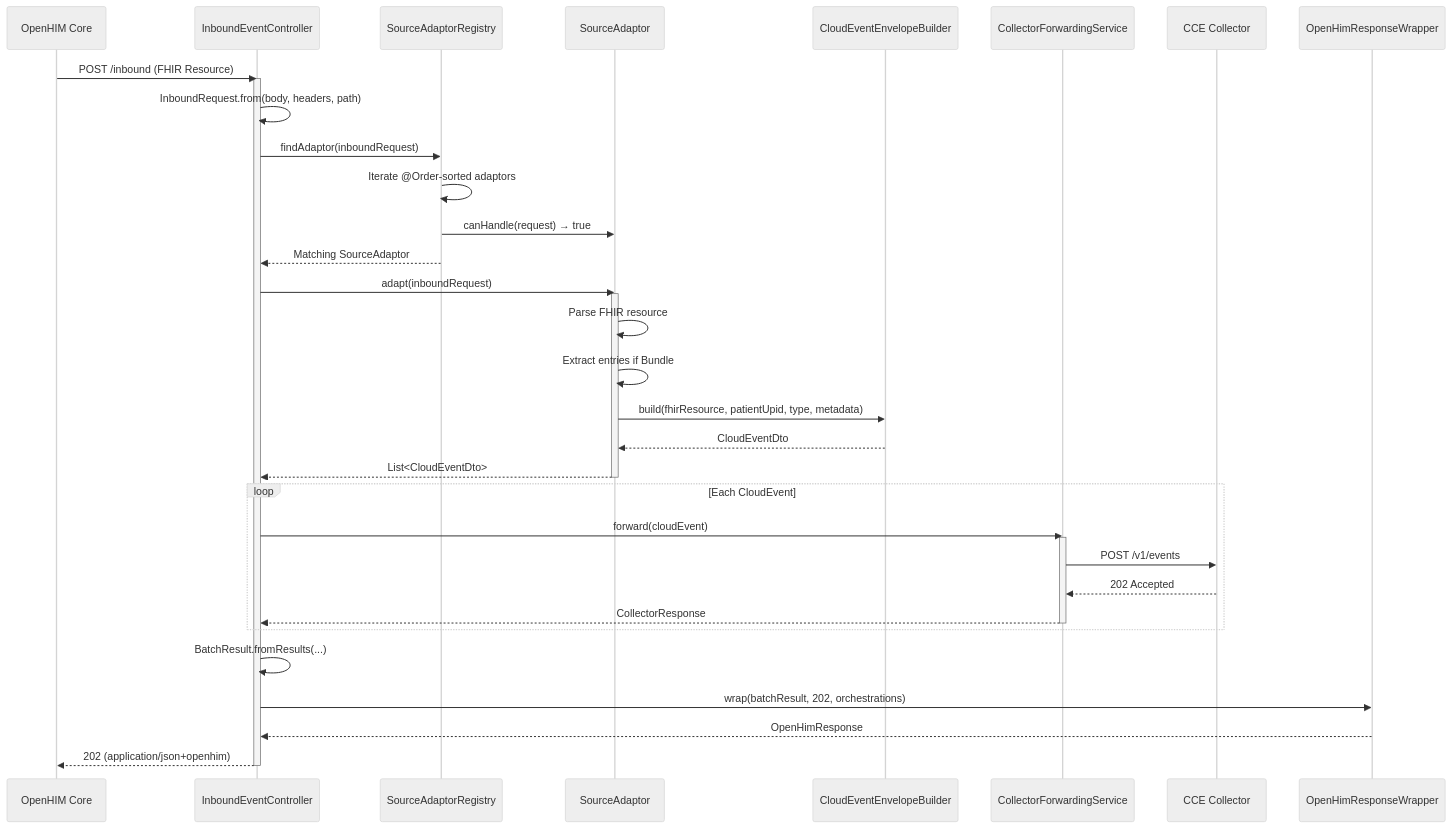
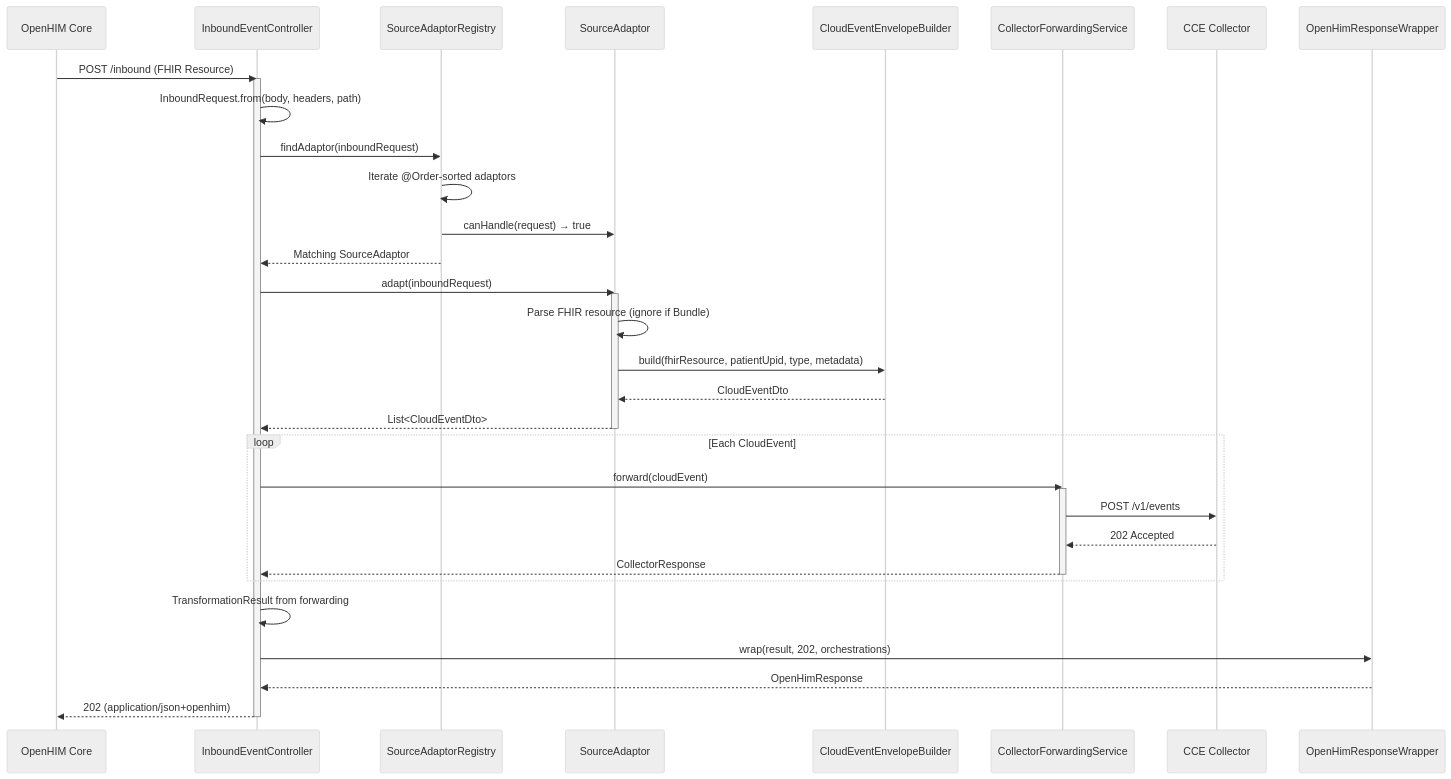
One commit to Jayaprakash8887/openhim-cce-emitter-adaptor changed the second of 8 diagrams in docs/flow-diagrams.md. Above: the diagram before and after it, drawn with Mermaid (neutral theme). The commit also changed 6 other files, not shown here.

Commit message:
Feat #CCE-83: Removal of references to resourceType Bundle (Marking it out of scope for v1.0)

````diff
--- a/docs/flow-diagrams.md
+++ b/docs/flow-diagrams.md
@@ -47,46 +47,45 @@
 ```mermaid
 sequenceDiagram
     participant OHC as OpenHIM Core
     participant Ctrl as InboundEventController
     participant Reg as SourceAdaptorRegistry
     participant SA as SourceAdaptor
     participant CE as CloudEventEnvelopeBuilder
     participant Fwd as CollectorForwardingService
     participant Col as CCE Collector
     participant Wrap as OpenHimResponseWrapper
 
     OHC->>Ctrl: POST /inbound (FHIR Resource)
     activate Ctrl
 
     Ctrl->>Ctrl: InboundRequest.from(body, headers, path)
 
     Ctrl->>Reg: findAdaptor(inboundRequest)
     Reg->>Reg: Iterate @Order-sorted adaptors
     Reg->>SA: canHandle(request) → true
     Reg-->>Ctrl: Matching SourceAdaptor
 
     Ctrl->>SA: adapt(inboundRequest)
     activate SA
-    SA->>SA: Parse FHIR resource
-    SA->>SA: Extract entries if Bundle
+    SA->>SA: Parse FHIR resource (ignore if Bundle)
     SA->>CE: build(fhirResource, patientUpid, type, metadata)
     CE-->>SA: CloudEventDto
     SA-->>Ctrl: List<CloudEventDto>
     deactivate SA
 
     loop Each CloudEvent
         Ctrl->>Fwd: forward(cloudEvent)
         activate Fwd
         Fwd->>Col: POST /v1/events
         Col-->>Fwd: 202 Accepted
         Fwd-->>Ctrl: CollectorResponse
         deactivate Fwd
     end
 
-    Ctrl->>Ctrl: BatchResult.fromResults(...)
-    Ctrl->>Wrap: wrap(batchResult, 202, orchestrations)
+    Ctrl->>Ctrl: TransformationResult from forwarding
+    Ctrl->>Wrap: wrap(result, 202, orchestrations)
     Wrap-->>Ctrl: OpenHimResponse
 
     Ctrl-->>OHC: 202 (application/json+openhim)
     deactivate Ctrl
 ```
````
